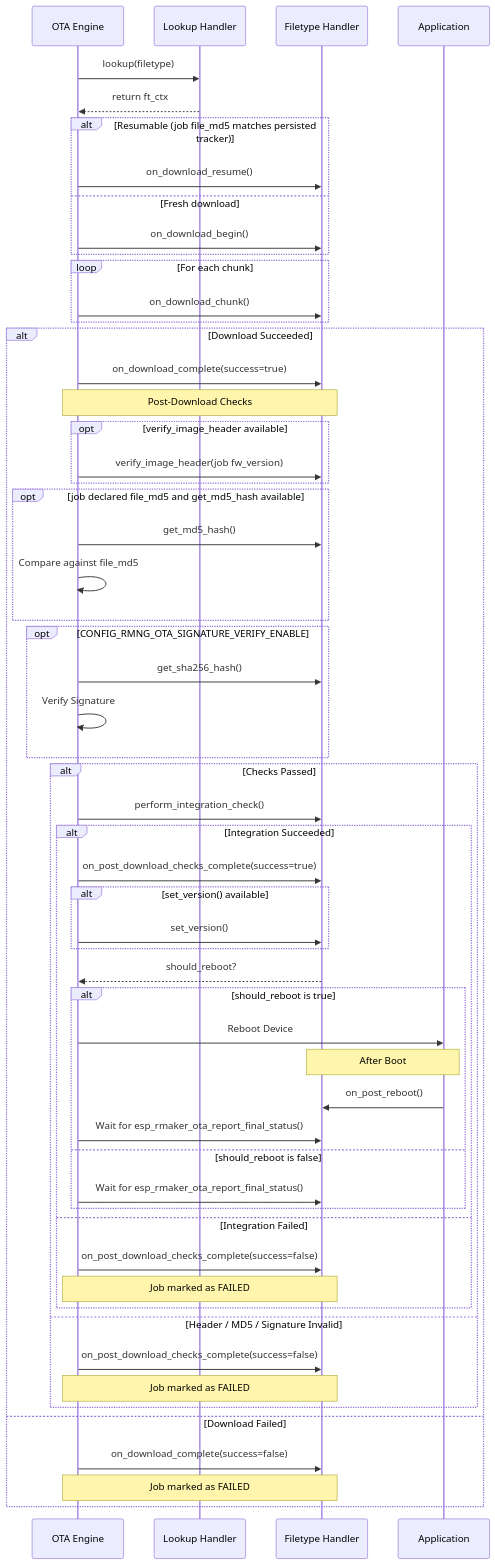
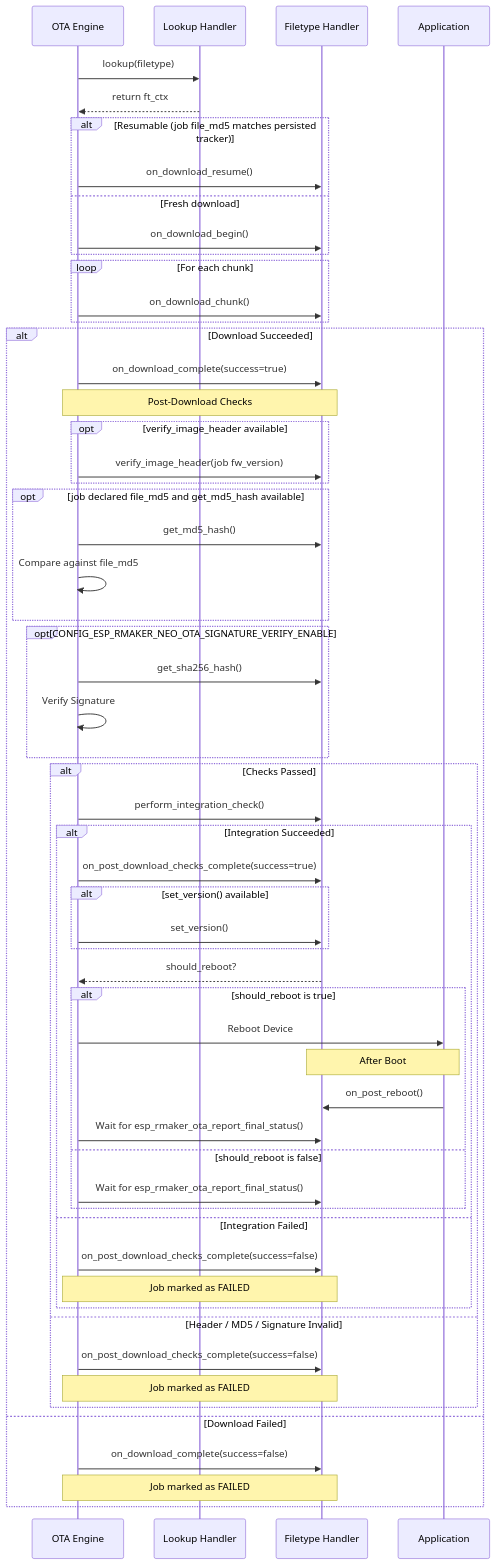
One commit to espressif/esp-rainmaker-neo-firmware changed the diagram in docs/en/specs/ota/custom_filetypes.md. Above: the diagram before and after it, drawn with Mermaid. The commit also changed other lines of this file and 167 other files, not shown here.

Commit message:
Standardize the Kconfig namespace on ESP_RMAKER_NEO_ and OSAL_

````diff
--- a/docs/en/specs/ota/custom_filetypes.md
+++ b/docs/en/specs/ota/custom_filetypes.md
@@ -77,65 +77,65 @@
 ```mermaid
 sequenceDiagram
     participant E as OTA Engine
     participant L as Lookup Handler
     participant H as Filetype Handler
     participant A as Application
 
     E->>L: lookup(filetype)
     L-->>E: return ft_ctx
     alt Resumable (job file_md5 matches persisted tracker)
         E->>H: on_download_resume()
     else Fresh download
         E->>H: on_download_begin()
     end
     loop For each chunk
         E->>H: on_download_chunk()
     end
 
     alt Download Succeeded
         E->>H: on_download_complete(success=true)
 
         Note over E,H: Post-Download Checks
         opt verify_image_header available
             E->>H: verify_image_header(job fw_version)
         end
         opt job declared file_md5 and get_md5_hash available
             E->>H: get_md5_hash()
             E->>E: Compare against file_md5
         end
-        opt CONFIG_RMNG_OTA_SIGNATURE_VERIFY_ENABLE
+        opt CONFIG_ESP_RMAKER_NEO_OTA_SIGNATURE_VERIFY_ENABLE
             E->>H: get_sha256_hash()
             E->>E: Verify Signature
         end
 
         alt Checks Passed
             E->>H: perform_integration_check()
 
             alt Integration Succeeded
                 E->>H: on_post_download_checks_complete(success=true)
                 alt set_version() available
                     E->>H: set_version()
                 end
                 H-->>E: should_reboot?
 
                 alt should_reboot is true
                     E->>A: Reboot Device
                     Note over A,H: After Boot
                     A->>H: on_post_reboot()
                     E->>H: Wait for esp_rmaker_ota_report_final_status()
                 else should_reboot is false
                     E->>H: Wait for esp_rmaker_ota_report_final_status()
                 end
             else Integration Failed
                 E->>H: on_post_download_checks_complete(success=false)
                 Note over E,H: Job marked as FAILED
             end
         else Header / MD5 / Signature Invalid
             E->>H: on_post_download_checks_complete(success=false)
             Note over E,H: Job marked as FAILED
         end
     else Download Failed
         E->>H: on_download_complete(success=false)
         Note over E,H: Job marked as FAILED
     end
 ```
````
